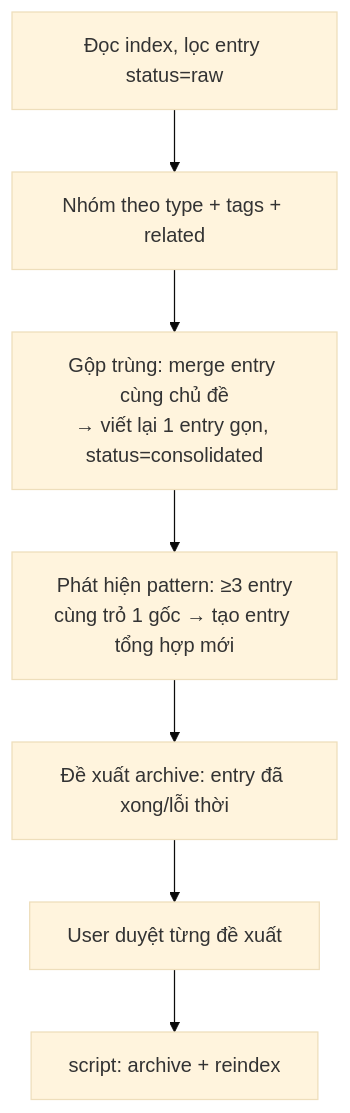
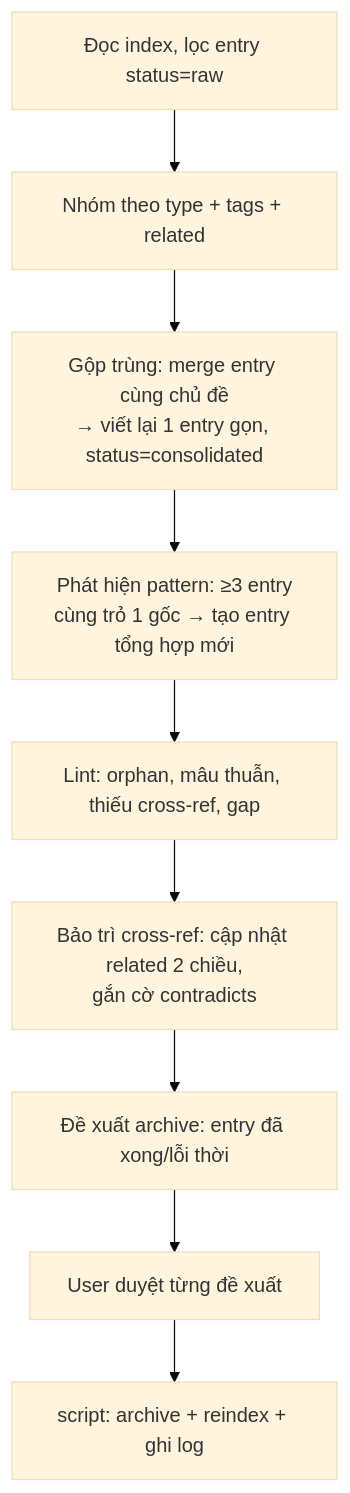
The second of 2 diagrams in docs/superpowers/specs/2026-06-05-project-memory-design.md (hoangvantuan/claude-plugin), drawn with Mermaid (base theme) before and after one commit. The commit also changed other lines of this file, not shown here.

````diff
--- a/docs/superpowers/specs/2026-06-05-project-memory-design.md
+++ b/docs/superpowers/specs/2026-06-05-project-memory-design.md
@@ -195,9 +223,11 @@
 ```mermaid
 flowchart TD
     S1["Đọc index, lọc entry status=raw"] --> S2["Nhóm theo type + tags + related"]
     S2 --> S3["Gộp trùng: merge entry cùng chủ đề<br/>→ viết lại 1 entry gọn, status=consolidated"]
     S3 --> S4["Phát hiện pattern: ≥3 entry<br/>cùng trỏ 1 gốc → tạo entry tổng hợp mới"]
-    S4 --> S5["Đề xuất archive: entry đã xong/lỗi thời"]
-    S5 --> S6["User duyệt từng đề xuất"]
-    S6 --> S7["script: archive + reindex"]
+    S4 --> S5["Lint: orphan, mâu thuẫn, thiếu cross-ref, gap"]
+    S5 --> S6["Bảo trì cross-ref: cập nhật related 2 chiều,<br/>gắn cờ contradicts"]
+    S6 --> S7["Đề xuất archive: entry đã xong/lỗi thời"]
+    S7 --> S8["User duyệt từng đề xuất"]
+    S8 --> S9["script: archive + reindex + ghi log"]
 ```
````
